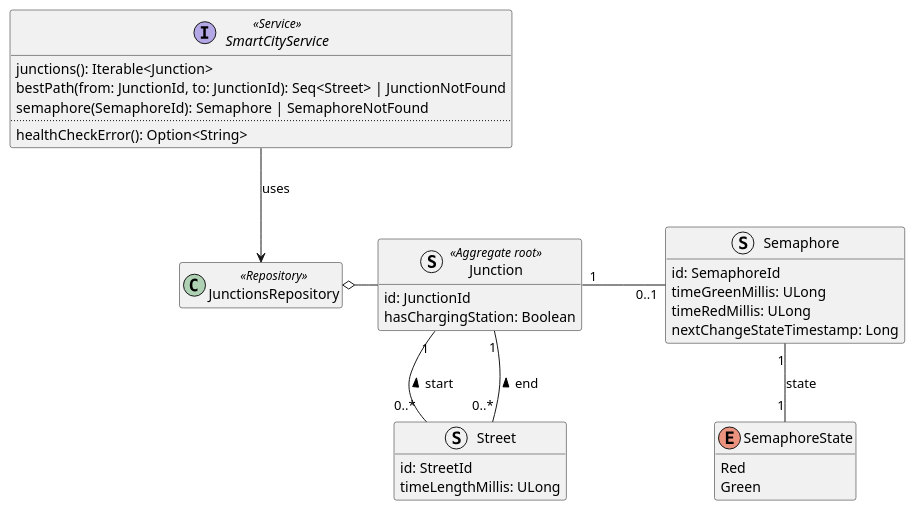
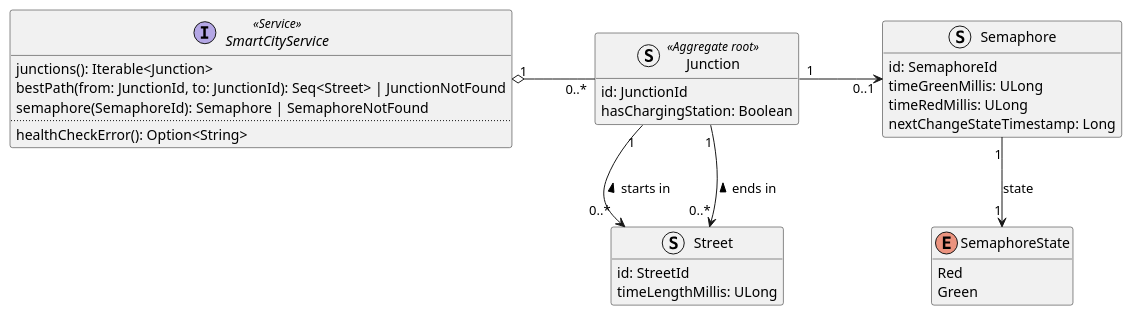
The diagram in doc/diagrams/src/smart-city-domain-model.puml (Ventus218/SAP-assignment-03), drawn with PlantUML before and after one commit. The commit also changed 5 other files, not shown here.

Commit message:
Update SmartCity microservice

```diff
--- a/doc/diagrams/src/smart-city-domain-model.puml
+++ b/doc/diagrams/src/smart-city-domain-model.puml
@@ -1,45 +1,43 @@
 @startuml smart-city-domain-model
 
 hide empty members
 
 struct Junction <<Aggregate root>> {
     id: JunctionId
     hasChargingStation: Boolean
 }
 
 struct Street {
     id: StreetId
     timeLengthMillis: ULong
 }
 
 struct Semaphore {
     id: SemaphoreId
     timeGreenMillis: ULong
     timeRedMillis: ULong
     nextChangeStateTimestamp: Long
 }
 
 enum SemaphoreState {
     Red
     Green
 }
 
 interface SmartCityService <<Service>> {
     junctions(): Iterable<Junction>
     bestPath(from: JunctionId, to: JunctionId): Seq<Street> | JunctionNotFound
     semaphore(SemaphoreId): Semaphore | SemaphoreNotFound
     ..
     healthCheckError(): Option<String>
 }
 
-class JunctionsRepository <<Repository>>
 
-Junction "1" -r- "0..1" Semaphore : "              "
-Street "0..*" -u- "1" Junction : "start >"
+Junction "1" -r-> "0..1" Semaphore : "              "
+Street "0..*" <-u- "1" Junction : "starts in >"
 Street -u[hidden]- Junction
-Street "0..*" -u- "1" Junction : "end >"
-Semaphore "1" -- "1" SemaphoreState : "state"
-SmartCityService --> JunctionsRepository : "uses"
-JunctionsRepository o- Junction
+Street "0..*" <-u- "1" Junction : "ends in >"
+Semaphore "1" --> "1" SemaphoreState : "state"
+SmartCityService "1" o- "0..*" Junction : "              "
 
 @enduml
```
